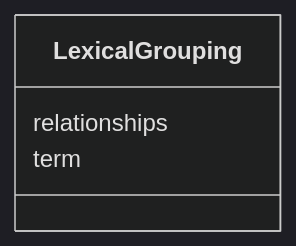
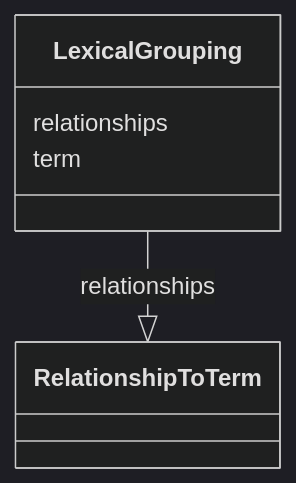
One commit to cthoyt/ontology-access-kit changed the diagram in lexical-index/LexicalGrouping.md. Above: the diagram before and after it, drawn with Mermaid (dark theme). The commit also changed other lines of this file and 3287 other files, not shown here.

````diff
--- a/lexical-index/LexicalGrouping.md
+++ b/lexical-index/LexicalGrouping.md
@@ -11,7 +14,11 @@
 ```{mermaid}
  classDiagram
     class LexicalGrouping
       LexicalGrouping : relationships
+        
+          LexicalGrouping --|> RelationshipToTerm : relationships
+        
       LexicalGrouping : term
+        
       
 ```
````
